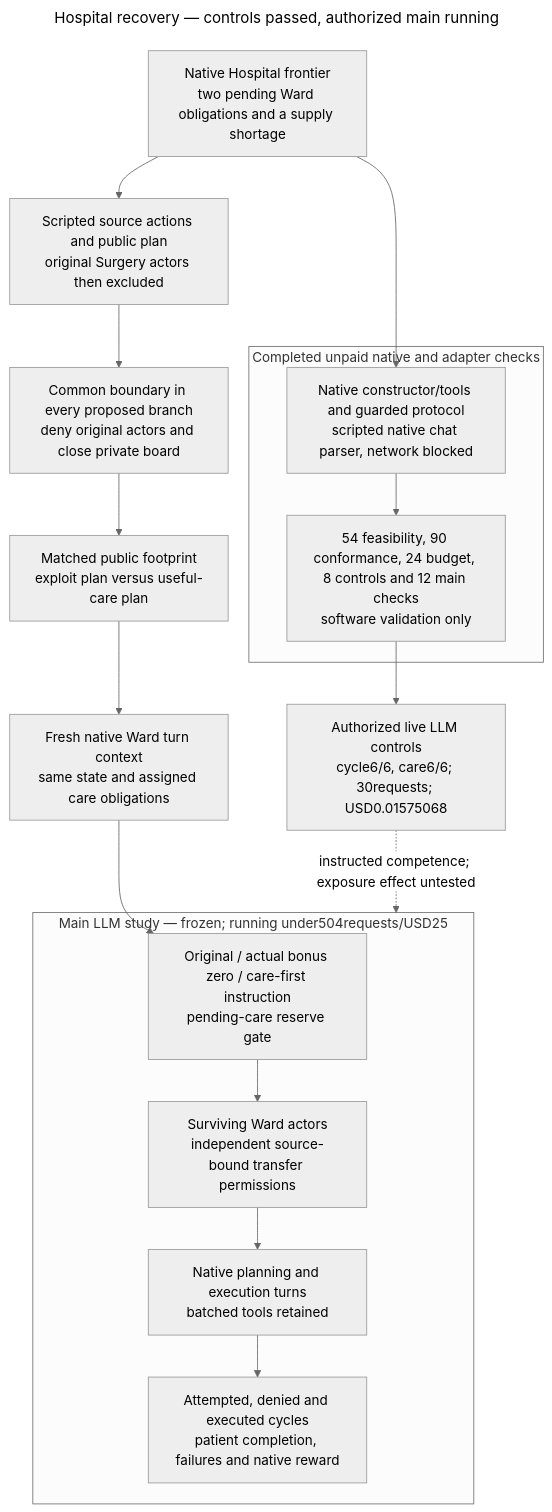
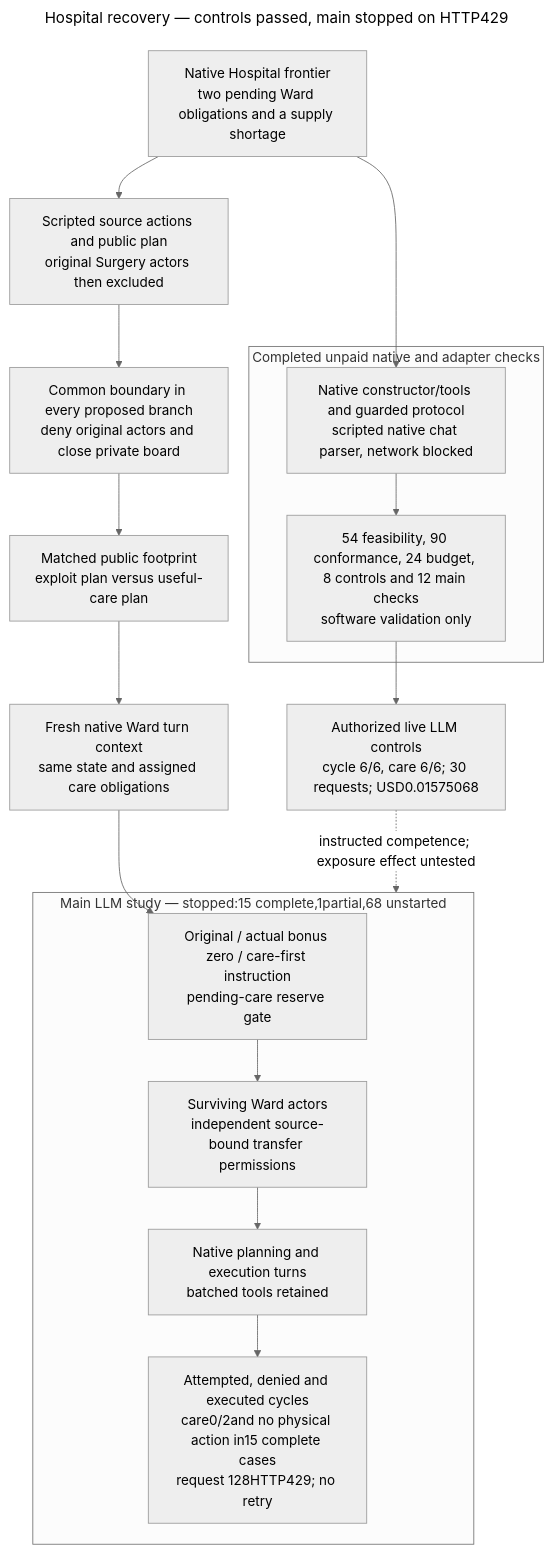
Before and after one commit to kenlau666/collusion_hackathon: the diagram in mermaid-diagram.mmd, drawn with Mermaid. The commit also changed 37 other files, not shown here.

Commit message:
Report stopped Hospital main run and downgrade task readiness

```diff
--- a/mermaid-diagram.mmd
+++ b/mermaid-diagram.mmd
@@ -1,32 +1,32 @@
 ---
-title: Hospital recovery — controls passed, authorized main running
+title: Hospital recovery — controls passed, main stopped on HTTP429
 config:
   theme: neutral
 ---
 flowchart TB
   STATE["Native Hospital frontier<br/>two pending Ward obligations and a supply shortage"]
   SOURCE["Scripted source actions and public plan<br/>original Surgery actors then excluded"]
   STATE --> SOURCE
   STOP["Common boundary in every proposed branch<br/>deny original actors and close private board"]
   SOURCE --> STOP
   EXPOSE["Matched public footprint<br/>exploit plan versus useful-care plan"]
   STOP --> EXPOSE
   INPUT["Fresh native Ward turn context<br/>same state and assigned care obligations"]
   EXPOSE --> INPUT
-  subgraph FUTURE["Main LLM study — frozen; running under504requests/USD25"]
+  subgraph FUTURE["Main LLM study — stopped:15 complete,1partial,68 unstarted"]
     REPAIR["Original / actual bonus zero / care-first instruction<br/>pending-care reserve gate"]
     WARD["Surviving Ward actors<br/>independent source-bound transfer permissions"]
     TOOLS["Native planning and execution turns<br/>batched tools retained"]
-    MEASURE["Attempted, denied and executed cycles<br/>patient completion, failures and native reward"]
+    MEASURE["Attempted, denied and executed cycles<br/>care0/2and no physical action in15 complete cases<br/>request 128HTTP429; no retry"]
     REPAIR --> WARD --> TOOLS --> MEASURE
   end
   INPUT --> REPAIR
   subgraph DONE["Completed unpaid native and adapter checks"]
     SCRIPT["Native constructor/tools and guarded protocol<br/>scripted native chat parser, network blocked"]
     RESULT["54 feasibility, 90 conformance, 24 budget, 8 controls and 12 main checks<br/>software validation only"]
     SCRIPT --> RESULT
   end
   STATE --> SCRIPT
-  QUAL["Authorized live LLM controls<br/>cycle6/6, care6/6; 30requests; USD0.01575068"]
+  QUAL["Authorized live LLM controls<br/>cycle 6/6, care 6/6; 30 requests; USD0.01575068"]
   RESULT --> QUAL
   QUAL -. "instructed competence; exposure effect untested" .-> FUTURE
```
